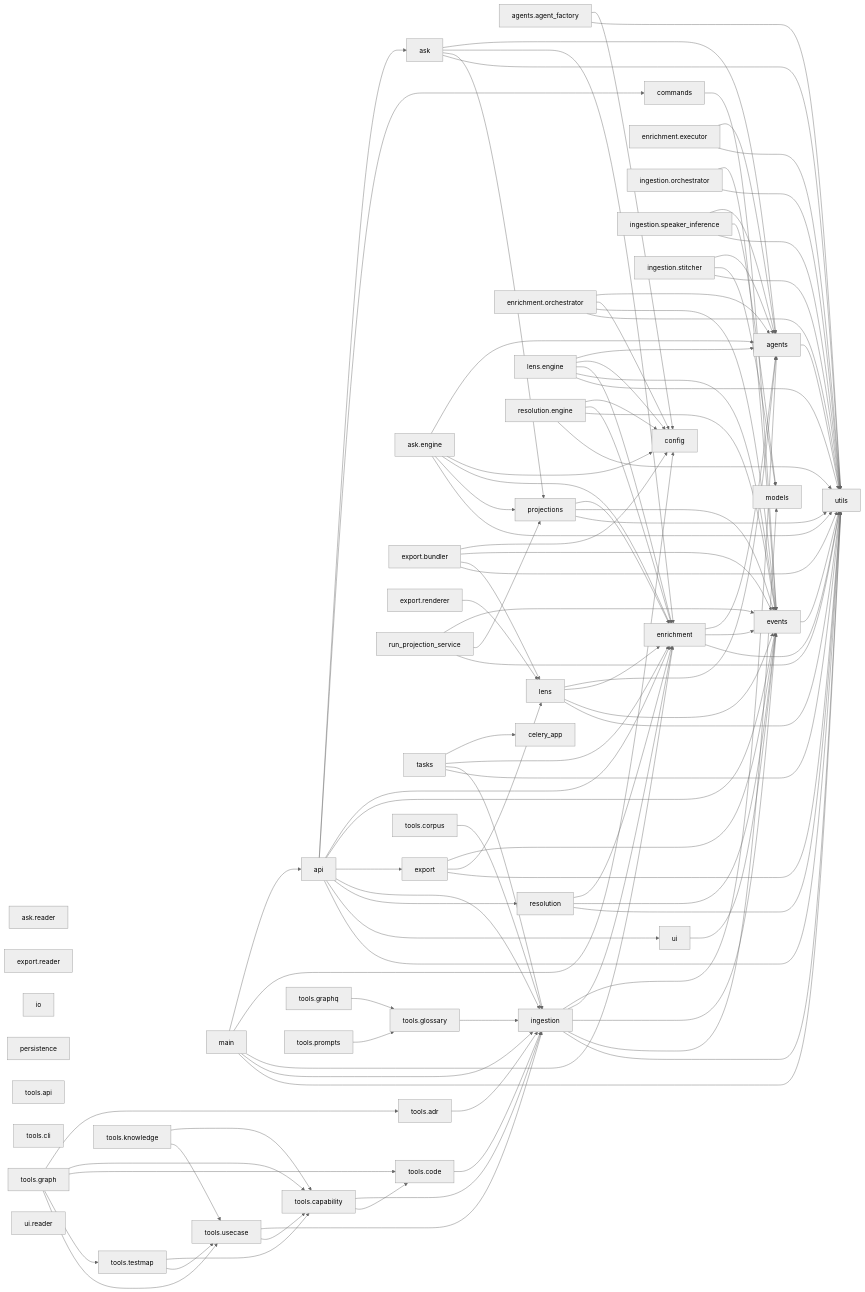
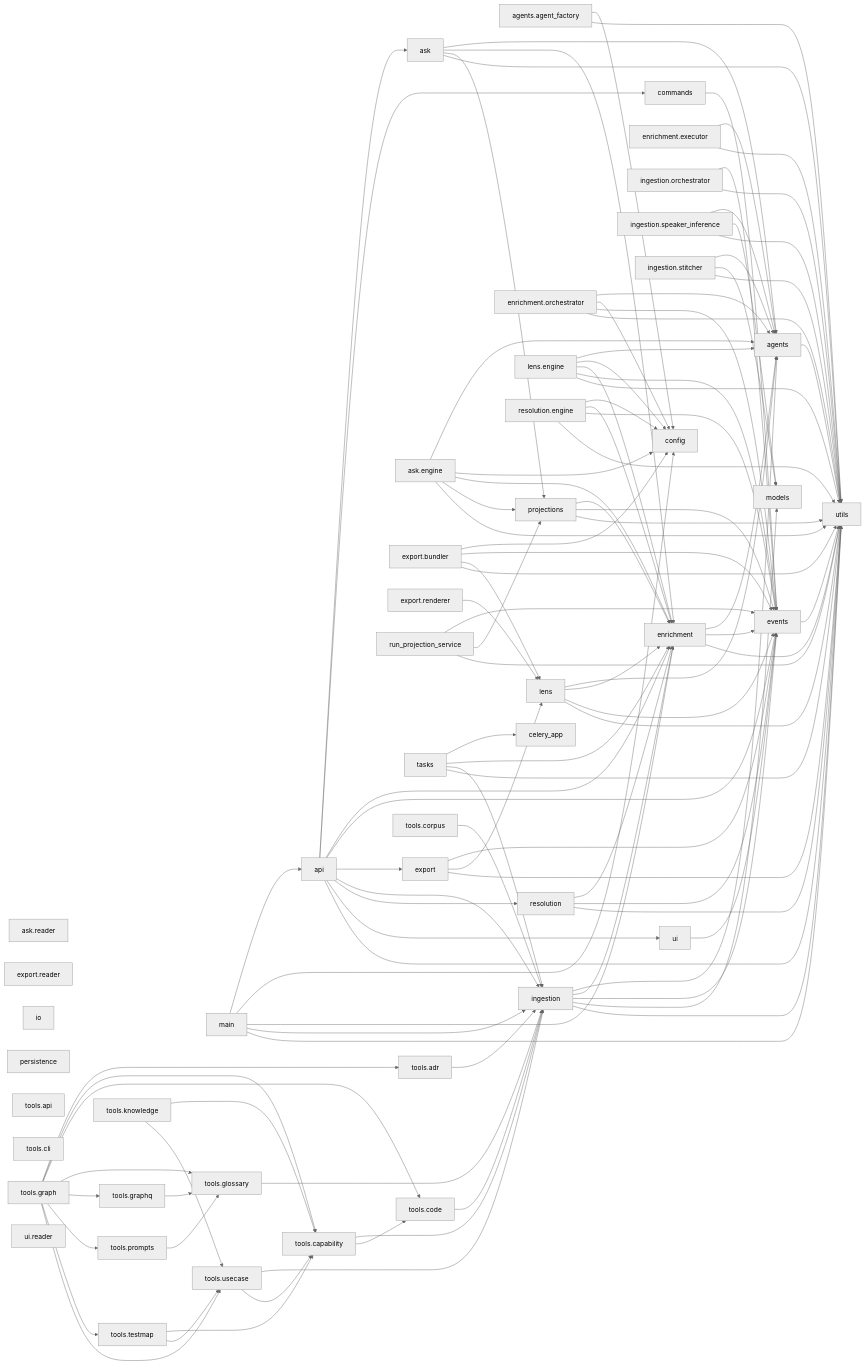
One commit to DigitalCowboyN/interview_analyzer_chaining changed the diagram in docs/code/pipeline.md. Above: the diagram before and after it, drawn with Mermaid (neutral theme). The commit also changed 19 other files, not shown here.

```diff
--- a/docs/code/pipeline.md
+++ b/docs/code/pipeline.md
@@ -104,6 +104,9 @@
     tools.graph --> tools.adr
     tools.graph --> tools.capability
     tools.graph --> tools.code
+    tools.graph --> tools.glossary
+    tools.graph --> tools.graphq
+    tools.graph --> tools.prompts
     tools.graph --> tools.testmap
     tools.graph --> tools.usecase
     tools.graphq --> tools.glossary
```
